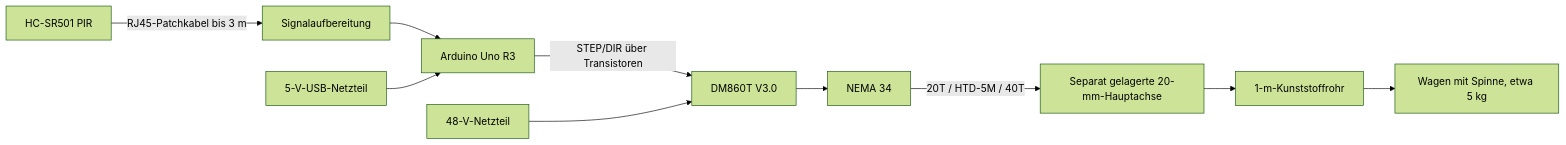
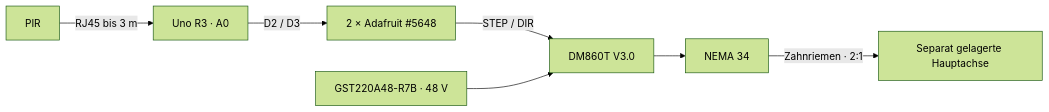
The diagram in README.md (andregasser/halloween-spider-control), drawn with Mermaid (forest theme) before and after one commit. The commit also changed other lines of this file and 22 other files, not shown here.

````diff
--- a/README.md
+++ b/README.md
@@ -33,12 +21,9 @@
 ```mermaid
 flowchart LR
-    PIR[HC-SR501 PIR] -->|RJ45-Patchkabel bis 3 m| E[Signalaufbereitung]
-    E --> U[Arduino Uno R3]
-    U -->|STEP/DIR über Transistoren| D[DM860T V3.0]
-    P[48-V-Netzteil] --> D
-    USB[5-V-USB-Netzteil] --> U
-    D --> M[NEMA 34]
-    M -->|20T / HTD-5M / 40T| A[Separat gelagerte 20-mm-Hauptachse]
-    A --> R[1-m-Kunststoffrohr]
-    R --> W[Wagen mit Spinne, etwa 5 kg]
+    PIR[PIR] -->|RJ45 bis 3 m| UNO[Uno R3 · A0]
+    UNO -->|D2 / D3| MOD[2 × Adafruit #5648]
+    MOD -->|STEP / DIR| DRIVER[DM860T V3.0]
+    PSU[GST220A48-R7B · 48 V] --> DRIVER
+    DRIVER --> MOTOR[NEMA 34]
+    MOTOR -->|Zahnriemen · 2:1| AXIS[Separat gelagerte Hauptachse]
 ```
````
